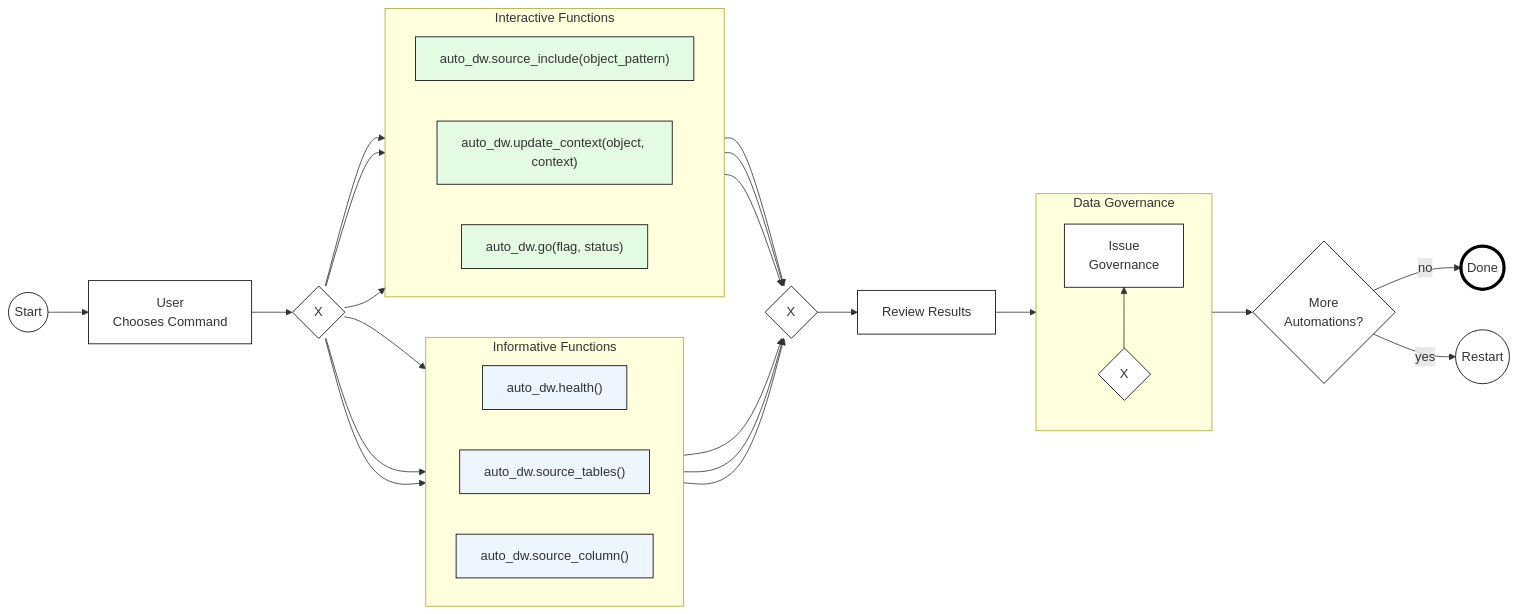
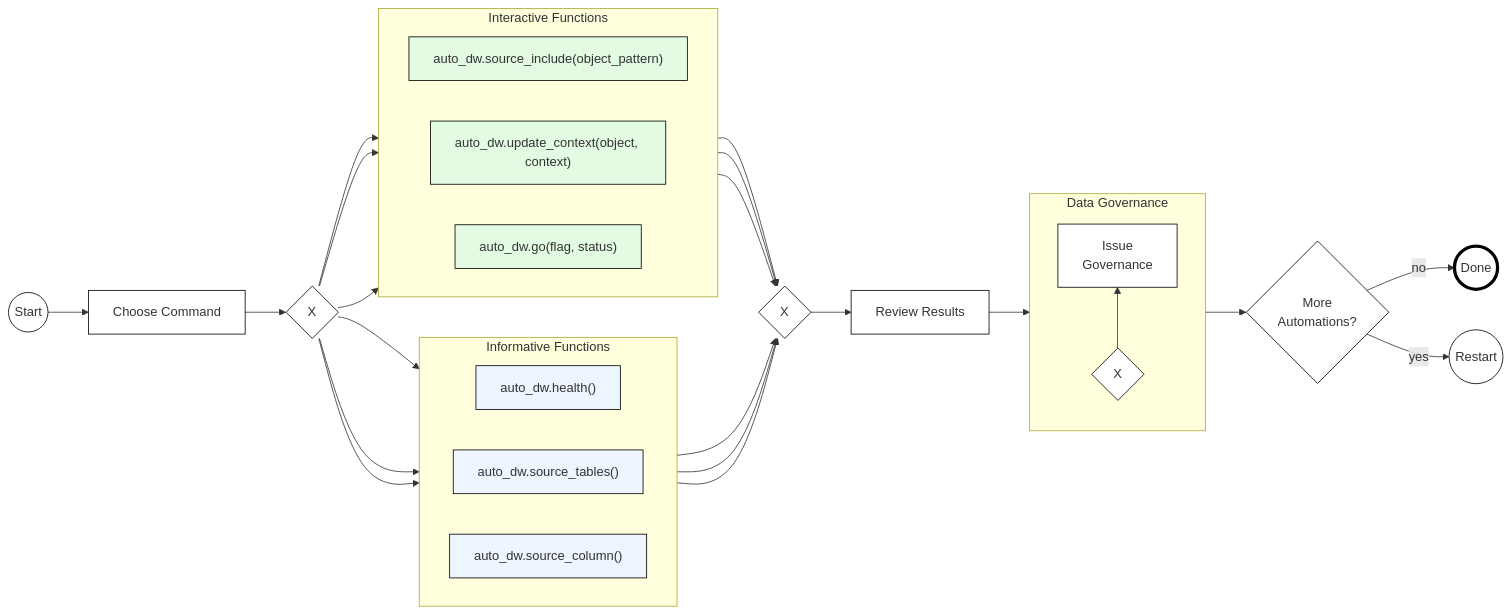
The third of 3 diagrams in docs/vision_plus_script/readme.md (tembo-io/pg_auto_dw), drawn with Mermaid before and after one commit.

````diff
--- a/docs/vision_plus_script/readme.md
+++ b/docs/vision_plus_script/readme.md
@@ -77,35 +77,35 @@
 ```mermaid
 flowchart LR
  subgraph functions_informative["Informative Functions"]
     direction LR
         health["auto_dw.health()"]
         source_tables["auto_dw.source_tables()"]
         source_column["auto_dw.source_column()"]
   end
  subgraph functions_interactive["Interactive Functions"]
     direction LR
         source_clude["auto_dw.source_include(object_pattern)"]
         update_context["auto_dw.update_context(object, context)"]
         go["auto_dw.go(flag, status)"]
   end
  subgraph data_gov["Data Governance"]
     direction BT
         to_gov{"X"} --> gov["Issue\nGovernance"]
   end
-    start(("Start")) --> command["User\nChooses Command"]
+    start(("Start")) --> command["Choose Command"]
     command --> split{"X"}
     split --> health & source_tables & source_column & source_clude & update_context & go --> join{"X"}
     join --> review["Review Results"]
     review --> data_gov --> more_auto{"More\nAutomations?"} 
     more_auto --> |no| done(("Done"))
     more_auto --> |yes| start_again(("Restart"))
 
     classDef standard fill:#FFFFFF,stroke:#000000
     classDef informative fill:#edf5ff,stroke:#000000
     classDef interactive fill:#e3fae3,stroke:#000000
     class start,command,split,join,review standard
     class to_gov,gov,more_auto,start_again standard
     class health,source_tables,source_column informative
     class source_clude,update_context,go interactive
     style done stroke-width:4px,fill:#FFFFFF,stroke:#000000
 ```
````
